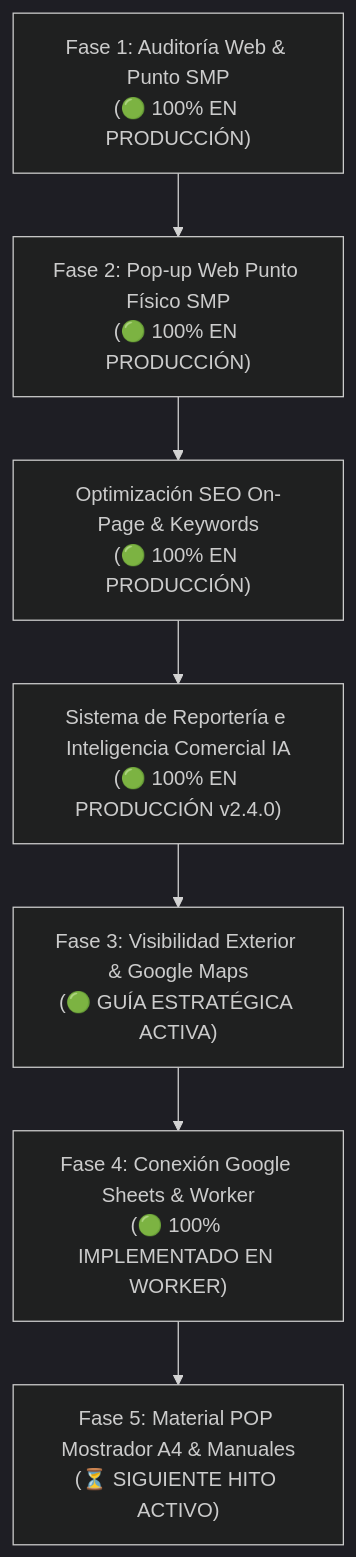
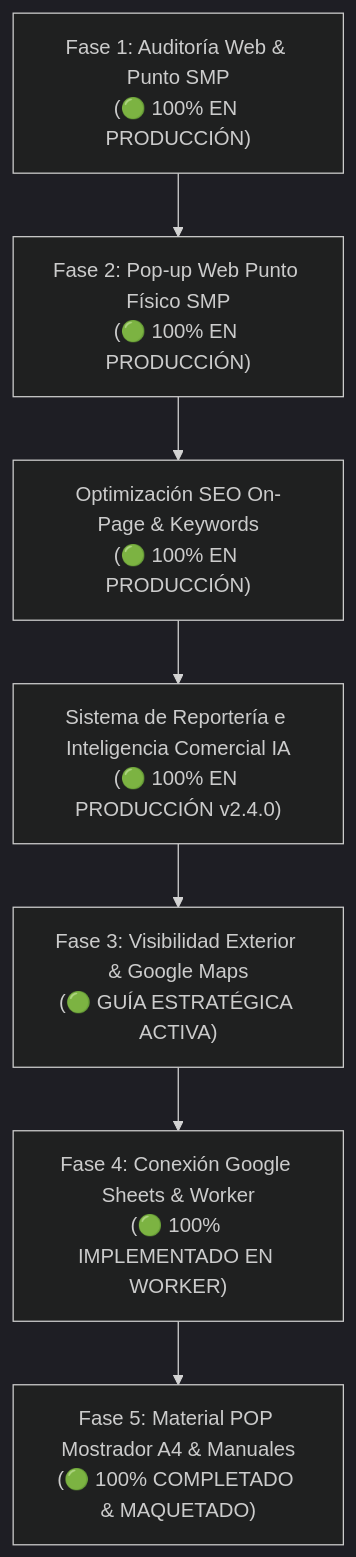
The diagram in docs/5_REPORTE_AUDITORIA_2026-11-06.md (dolce7aroma/dolce7aroma.github.io), drawn with Mermaid (dark theme) before and after one commit. The commit also changed other lines of this file and 4 other files, not shown here.

Commit message:
feat(retail): completar Fase 5 - Material POP Mostrador A4 doble cara y guia operativa de venta cruzada

````diff
--- a/docs/5_REPORTE_AUDITORIA_2026-11-06.md
+++ b/docs/5_REPORTE_AUDITORIA_2026-11-06.md
@@ -22,9 +22,9 @@
 ```mermaid
 flowchart TD
     Fase1["Fase 1: Auditoría Web & Punto SMP<br/>(🟢 100% EN PRODUCCIÓN)"] --> Fase2["Fase 2: Pop-up Web Punto Físico SMP<br/>(🟢 100% EN PRODUCCIÓN)"]
     Fase2 --> SEO["Optimización SEO On-Page & Keywords<br/>(🟢 100% EN PRODUCCIÓN)"]
     SEO --> Reporteria["Sistema de Reportería e Inteligencia Comercial IA<br/>(🟢 100% EN PRODUCCIÓN v2.4.0)"]
     Reporteria --> Fase3["Fase 3: Visibilidad Exterior & Google Maps<br/>(🟢 GUÍA ESTRATÉGICA ACTIVA)"]
     Fase3 --> Fase4["Fase 4: Conexión Google Sheets & Worker<br/>(🟢 100% IMPLEMENTADO EN WORKER)"]
-    Fase4 --> Fase5["Fase 5: Material POP Mostrador A4 & Manuales<br/>(⏳ SIGUIENTE HITO ACTIVO)"]
+    Fase4 --> Fase5["Fase 5: Material POP Mostrador A4 & Manuales<br/>(🟢 100% COMPLETADO & MAQUETADO)"]
 ```
````
